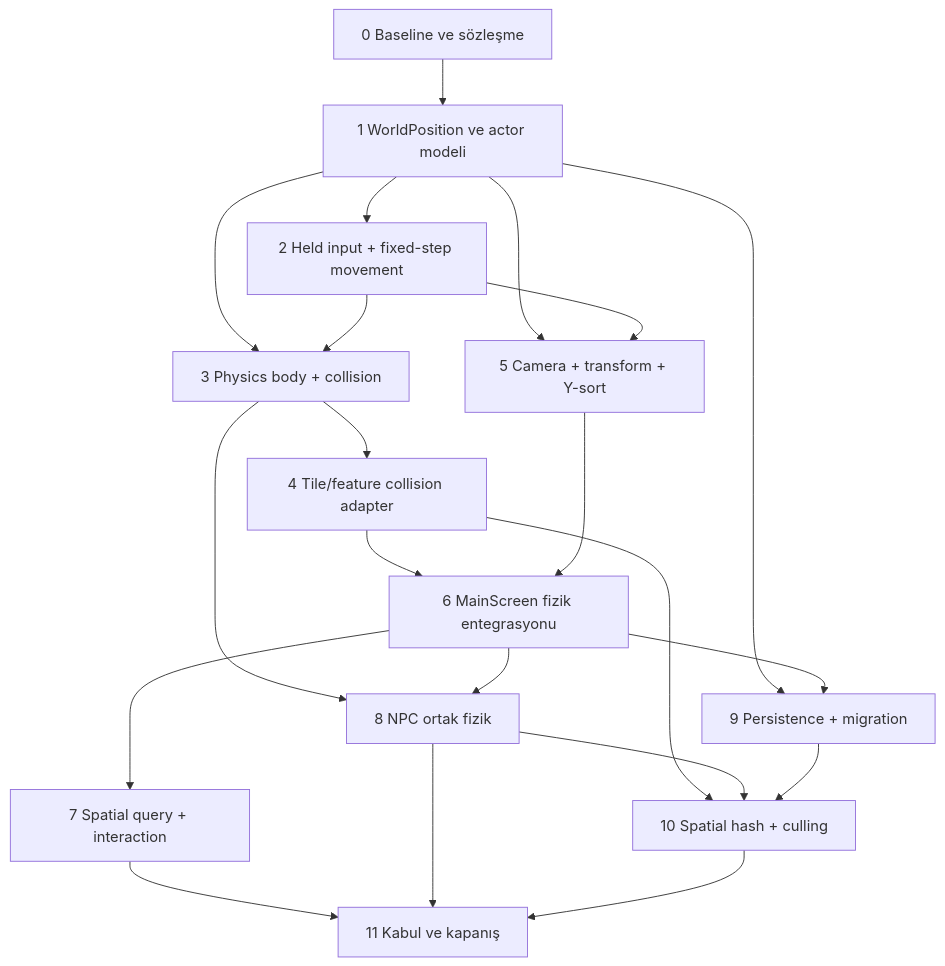
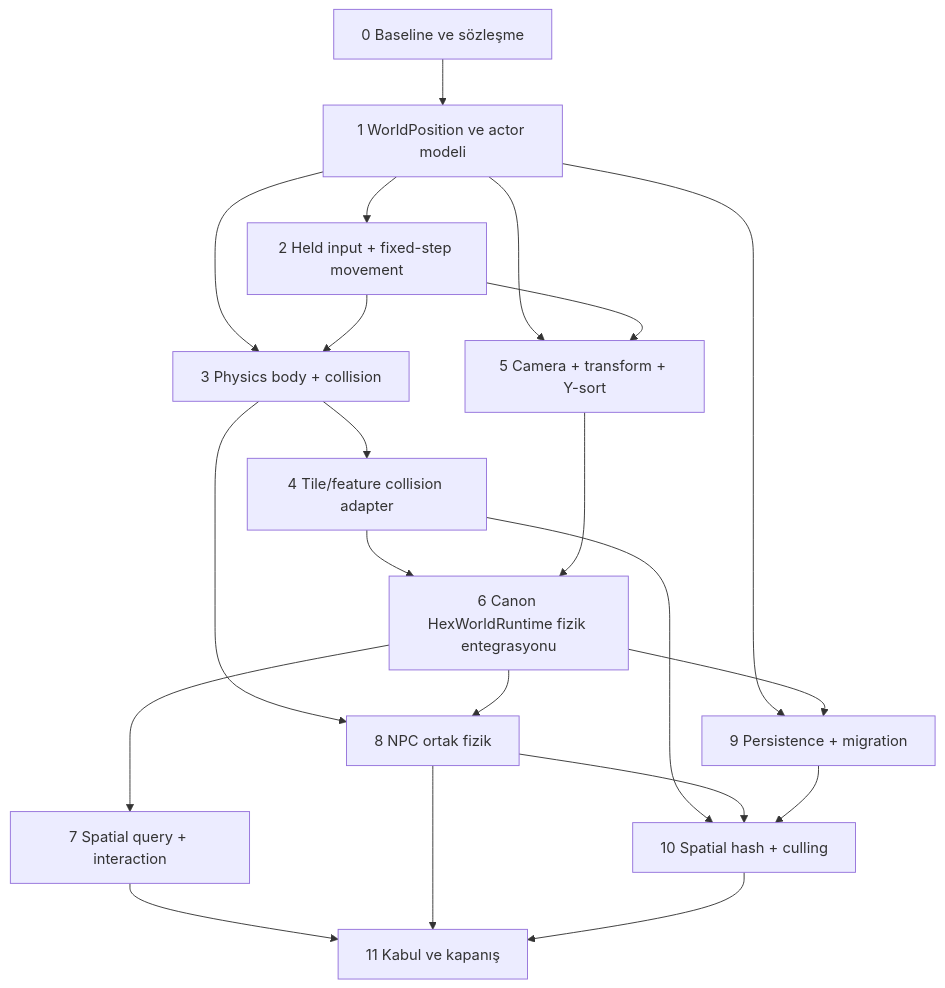
The diagram in reports/serbest-hareket-sistemi-master-uygulama-plani-v2.md (trippes/RPG_KAYNAK_YONETIMI), drawn with Mermaid before and after one commit. The commit also changed other lines of this file, not shown here.

Commit message:
docs(reports): align movement roadmap with canonical hex map

````diff
--- a/reports/serbest-hareket-sistemi-master-uygulama-plani-v2.md
+++ b/reports/serbest-hareket-sistemi-master-uygulama-plani-v2.md
@@ -728,23 +734,23 @@
 ```mermaid
 flowchart TD
     A0["0 Baseline ve sözleşme"] --> A1["1 WorldPosition ve actor modeli"]
     A1 --> A2["2 Held input + fixed-step movement"]
     A1 --> A3["3 Physics body + collision"]
     A2 --> A3
     A3 --> A4["4 Tile/feature collision adapter"]
     A1 --> A5["5 Camera + transform + Y-sort"]
     A2 --> A5
-    A4 --> A6["6 MainScreen fizik entegrasyonu"]
+    A4 --> A6["6 Canon HexWorldRuntime fizik entegrasyonu"]
     A5 --> A6
     A6 --> A7["7 Spatial query + interaction"]
     A3 --> A8["8 NPC ortak fizik"]
     A6 --> A8
     A1 --> A9["9 Persistence + migration"]
     A6 --> A9
     A4 --> A10["10 Spatial hash + culling"]
     A8 --> A10
     A9 --> A10
     A7 --> A11["11 Kabul ve kapanış"]
     A8 --> A11
     A10 --> A11
 ```
````
